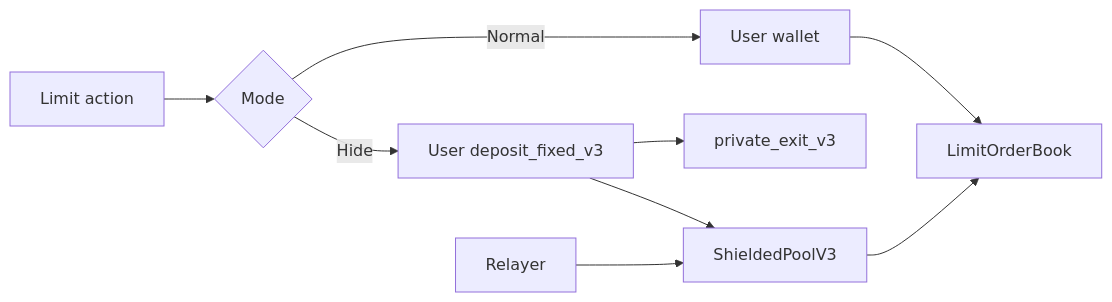
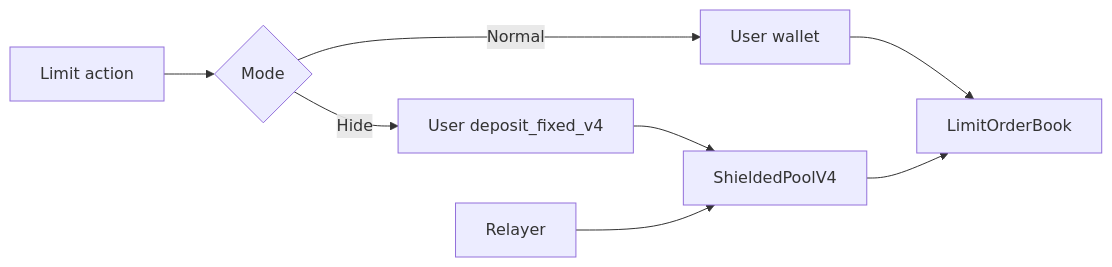
The third of 5 diagrams in smartcontract/starknet/cairo/README.md (ntfound-dev/zkcarel_protocol), drawn with Mermaid before and after one commit. The commit also changed other lines of this file and 78 other files, not shown here.

````diff
--- a/smartcontract/starknet/cairo/README.md
+++ b/smartcontract/starknet/cairo/README.md
@@ -157,11 +177,10 @@
 ```mermaid
 flowchart LR
   A[Limit action] --> B{Mode}
   B -->|Normal| U[User wallet]
   U --> LOB[LimitOrderBook]
-  B -->|Hide| NOTE[User deposit_fixed_v3]
-  NOTE --> EXIT[private_exit_v3]
-  NOTE --> EXEC[ShieldedPoolV3]
+  B -->|Hide| NOTE[User deposit_fixed_v4]
+  NOTE --> EXEC[ShieldedPoolV4]
   R[Relayer] --> EXEC
   EXEC --> LOB
 ```
````
